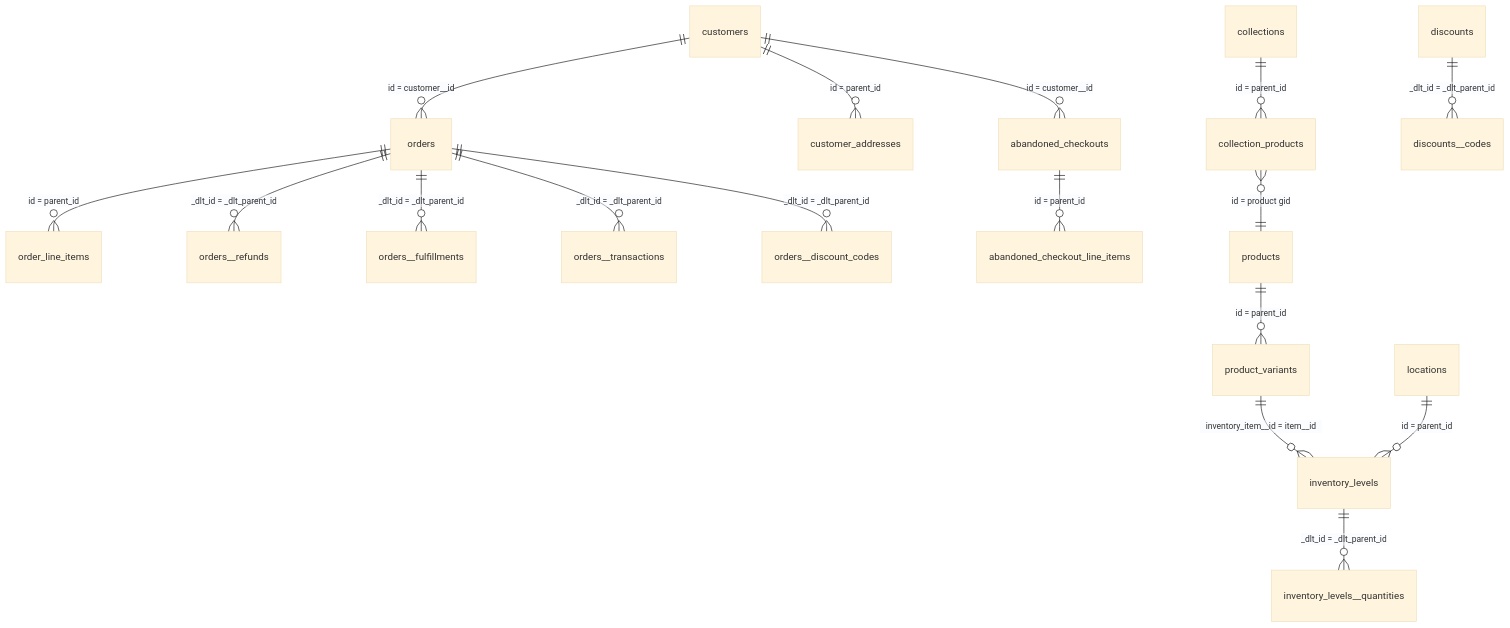
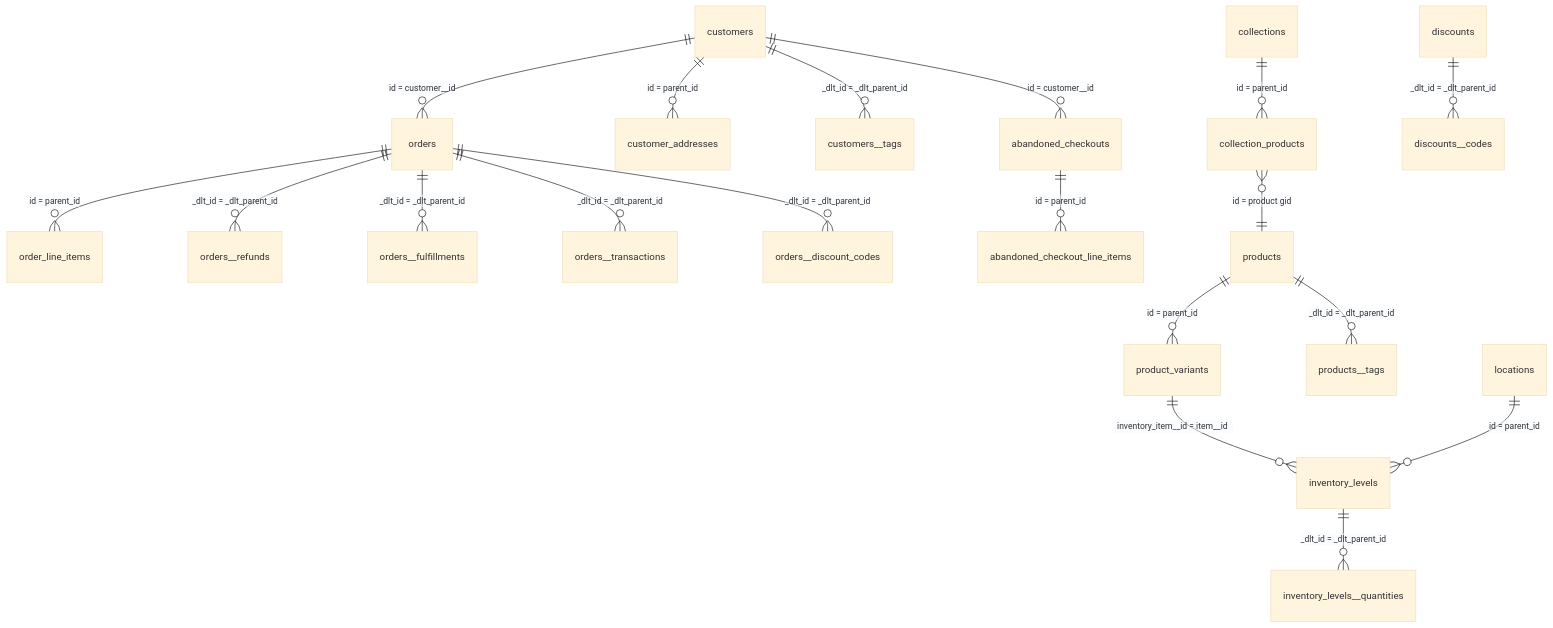
One commit to yodakanohoshi/shopify_pj changed the diagram in docs/apireference/README.md. Above: the diagram before and after it, drawn with Mermaid (base theme). The commit also changed other lines of this file and 12 other files, not shown here.

````diff
--- a/docs/apireference/README.md
+++ b/docs/apireference/README.md
@@ -74,19 +76,21 @@
 ```mermaid
 erDiagram
     customers ||--o{ orders : "id = customer__id"
     customers ||--o{ customer_addresses : "id = parent_id"
     orders ||--o{ order_line_items : "id = parent_id"
     orders ||--o{ orders__refunds : "_dlt_id = _dlt_parent_id"
     orders ||--o{ orders__fulfillments : "_dlt_id = _dlt_parent_id"
     orders ||--o{ orders__transactions : "_dlt_id = _dlt_parent_id"
     orders ||--o{ orders__discount_codes : "_dlt_id = _dlt_parent_id"
     products ||--o{ product_variants : "id = parent_id"
+    products ||--o{ products__tags : "_dlt_id = _dlt_parent_id"
+    customers ||--o{ customers__tags : "_dlt_id = _dlt_parent_id"
     collections ||--o{ collection_products : "id = parent_id"
     collection_products }o--|| products : "id = product gid"
     abandoned_checkouts ||--o{ abandoned_checkout_line_items : "id = parent_id"
     customers ||--o{ abandoned_checkouts : "id = customer__id"
     discounts ||--o{ discounts__codes : "_dlt_id = _dlt_parent_id"
     locations ||--o{ inventory_levels : "id = parent_id"
     product_variants ||--o{ inventory_levels : "inventory_item__id = item__id"
     inventory_levels ||--o{ inventory_levels__quantities : "_dlt_id = _dlt_parent_id"
 ```
````
